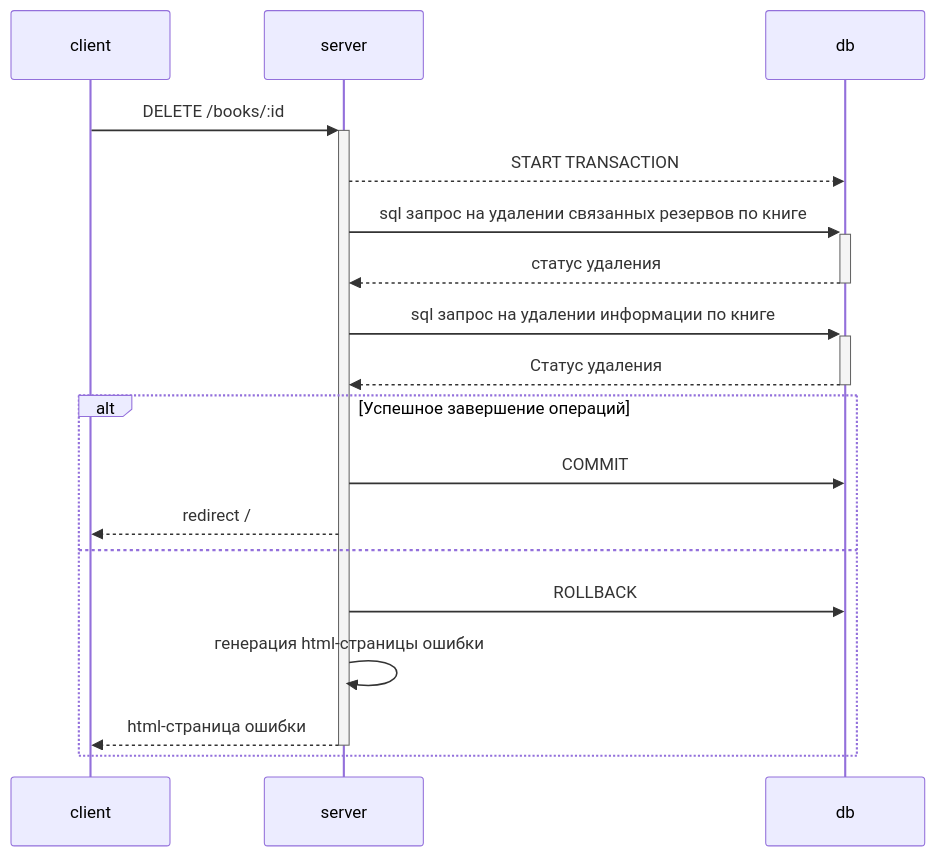
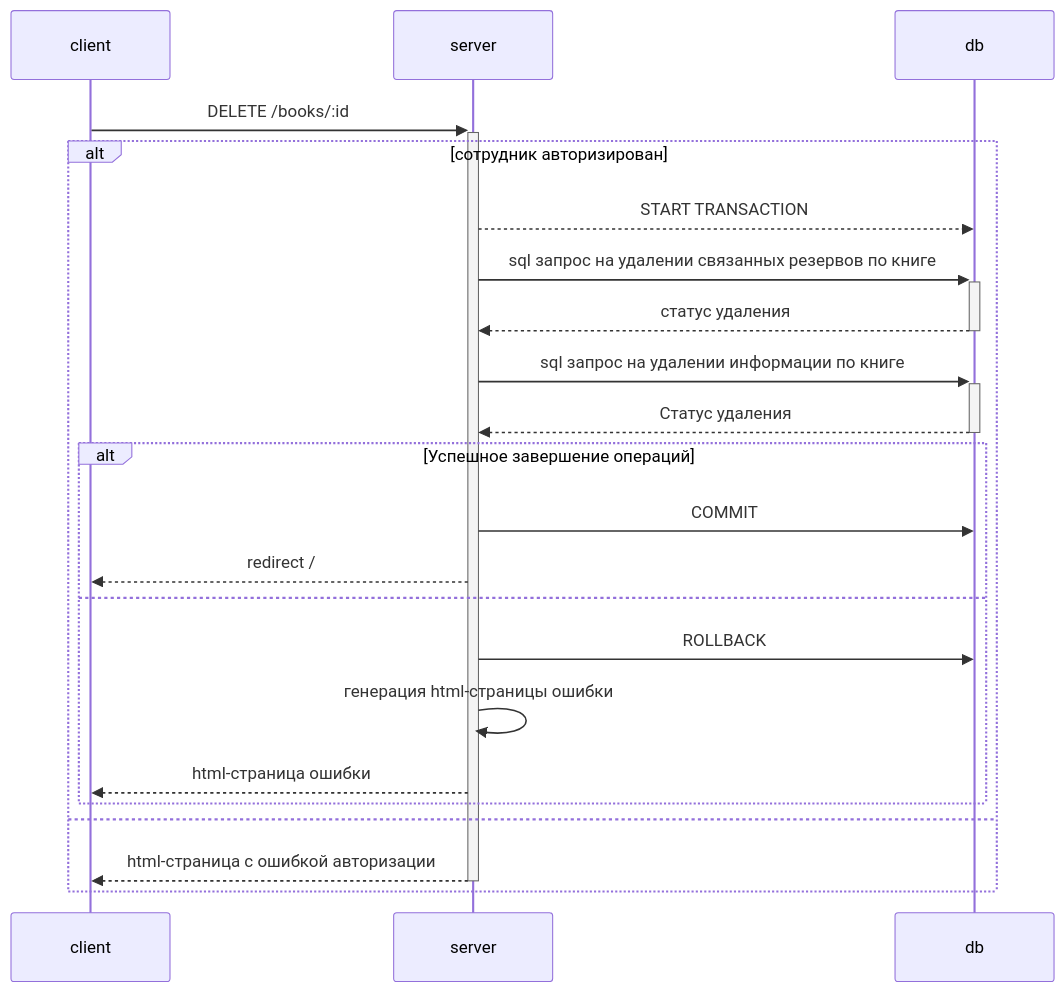
The diagram in documentation/diagrams/sequenceDiagrams/book.delete.id.md (Ergorium/Web-technology-3c-6s), drawn with Mermaid before and after one commit. The commit also changed 16 other files, not shown here.

````diff
--- a/documentation/diagrams/sequenceDiagrams/book.delete.id.md
+++ b/documentation/diagrams/sequenceDiagrams/book.delete.id.md
@@ -3,20 +3,24 @@
 ```mermaid
 sequenceDiagram;
 	participant client
 	participant server
 	participant db
   client->>+server: DELETE /books/:id
-  server-->>db: START TRANSACTION
-  server->>+db: sql запрос на удалении связанных резервов по книге
-  db-->>-server: статус удаления
-  server->>+db: sql запрос на удалении информации по книге
-  db-->>-server: Статус удаления
-  alt Успешное завершение операций
-    server->>db: COMMIT
-    server-->>client: redirect /
+  alt сотрудник авторизирован
+    server-->>db: START TRANSACTION
+    server->>+db: sql запрос на удалении связанных резервов по книге
+    db-->>-server: статус удаления
+    server->>+db: sql запрос на удалении информации по книге
+    db-->>-server: Статус удаления
+    alt Успешное завершение операций
+      server->>db: COMMIT
+      server-->>client: redirect /
+    else
+      server->>db: ROLLBACK
+      server->>server: генерация html-страницы ошибки  
+      server-->>client: html-страница ошибки
+    end
   else
-    server->>db: ROLLBACK
-    server->>server: генерация html-страницы ошибки  
-    server-->>-client: html-страница ошибки
+    server-->>-client: html-страница с ошибкой авторизации
   end
 ```
````
